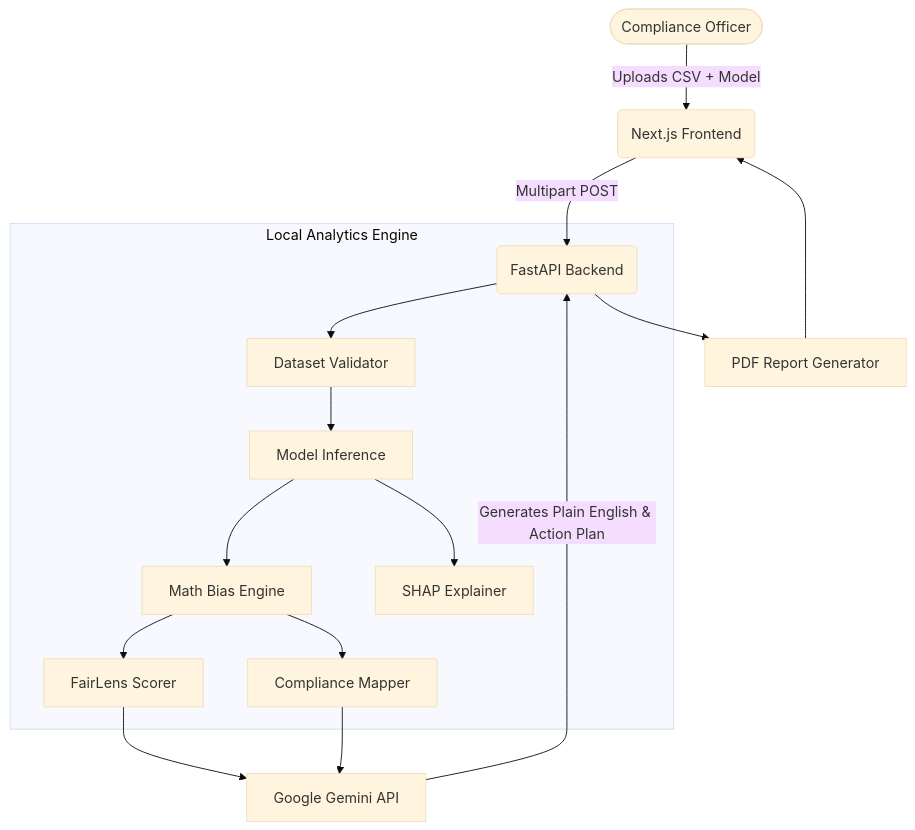
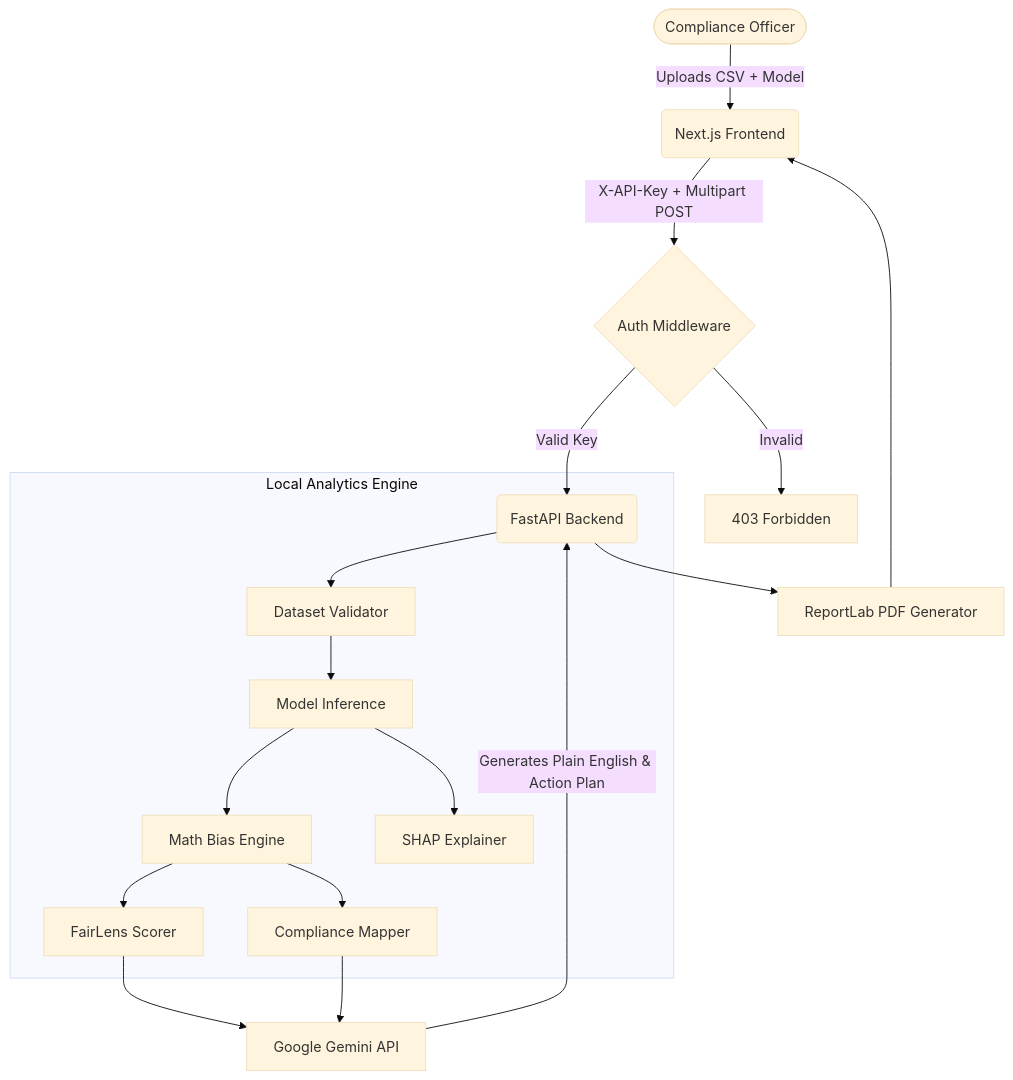
The diagram in README.md (Aditya-Jain-01/FairLens-Bias-Detection), drawn with Mermaid (base theme) before and after one commit. The commit also changed other lines of this file and 18 other files, not shown here.

````diff
--- a/README.md
+++ b/README.md
@@ -24,21 +32,23 @@
 ```mermaid
 graph TD
     User([Compliance Officer]) -->|Uploads CSV + Model| UI(Next.js Frontend)
-    UI -->|Multipart POST| API(FastAPI Backend)
+    UI -->|X-API-Key + Multipart POST| Auth{Auth Middleware}
+    Auth -->|Valid Key| API(FastAPI Backend)
+    Auth -->|Invalid| Reject[403 Forbidden]
 
     subgraph "Local Analytics Engine"
         API --> Validator[Dataset Validator]
         Validator --> Inference[Model Inference]
         Inference --> Bias[Math Bias Engine]
         Inference --> SHAP[SHAP Explainer]
         Bias --> Score[FairLens Scorer]
         Bias --> Compliance[Compliance Mapper]
     end
 
     Score --> Gemini[Google Gemini API]
     Compliance --> Gemini
     Gemini -->|Generates Plain English & Action Plan| API
     
-    API --> PDF[PDF Report Generator]
+    API --> PDF[ReportLab PDF Generator]
     PDF --> UI
 ```
````
